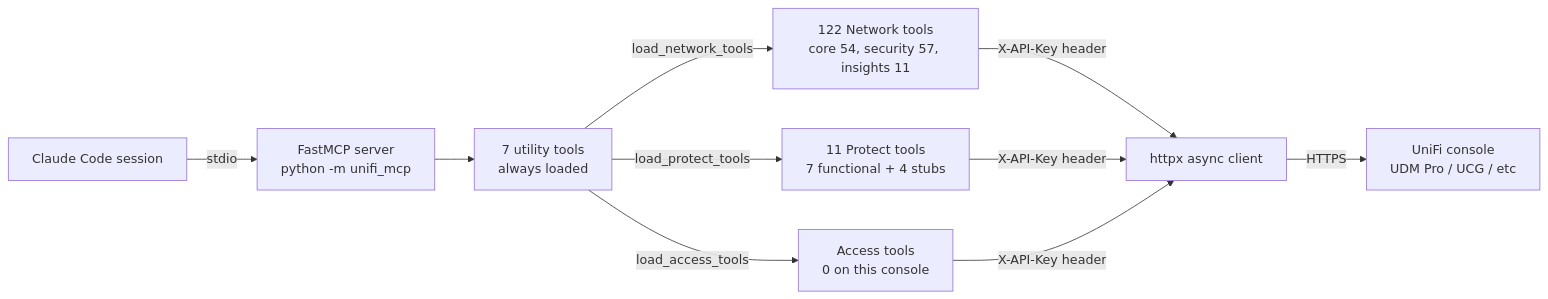
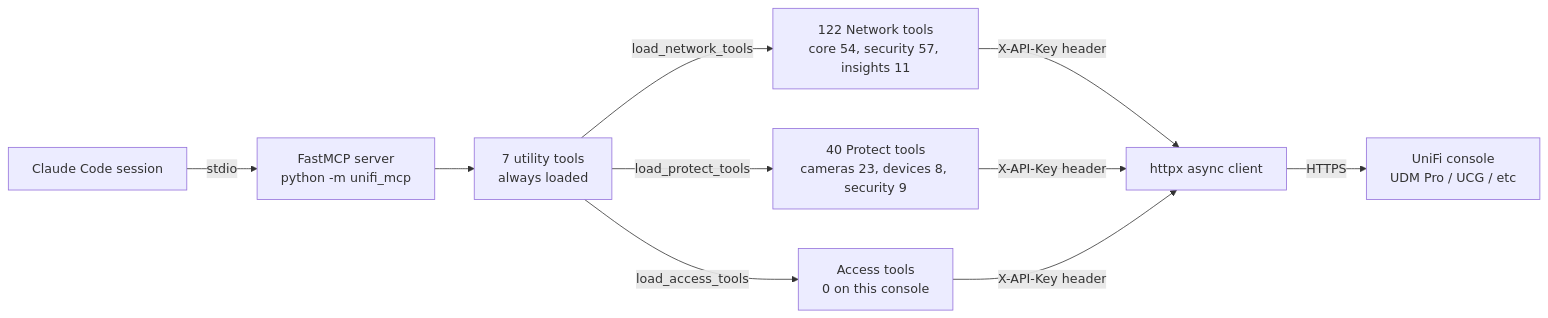
Before and after one commit to chris2ao/unifi-mcp: the first of 3 diagrams in README.md, drawn with Mermaid. The commit also changed other lines of this file and 40 other files, not shown here.

````diff
--- a/README.md
+++ b/README.md
@@ -176,10 +176,10 @@
 ```mermaid
 flowchart LR
     CC[Claude Code session] -->|stdio| MCP[FastMCP server<br/>python -m unifi_mcp]
     MCP --> UT[7 utility tools<br/>always loaded]
     UT -->|load_network_tools| NET[122 Network tools<br/>core 54, security 57, insights 11]
-    UT -->|load_protect_tools| PROT[11 Protect tools<br/>7 functional + 4 stubs]
+    UT -->|load_protect_tools| PROT[40 Protect tools<br/>cameras 23, devices 8, security 9]
     UT -->|load_access_tools| ACC[Access tools<br/>0 on this console]
     NET & PROT & ACC -->|X-API-Key header| HC[httpx async client]
     HC -->|HTTPS| UNIFI[UniFi console<br/>UDM Pro / UCG / etc]
 ```
````
